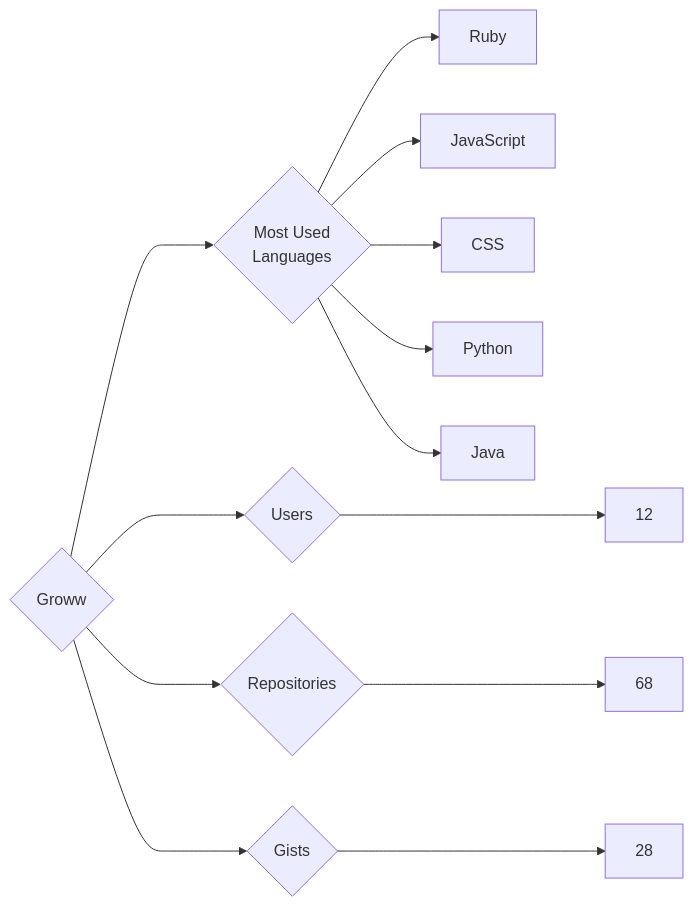
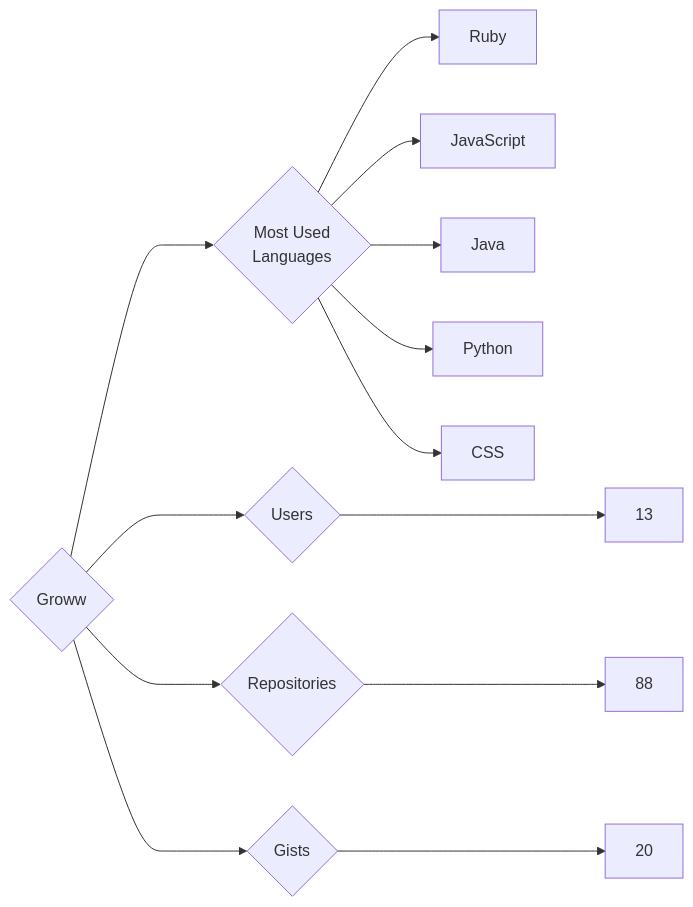
One commit to trickest/insiders changed the diagram in targets/Groww/README.md. Above: the diagram before and after it, drawn with Mermaid. The commit also changed 938 other files, not shown here.

````diff
--- a/targets/Groww/README.md
+++ b/targets/Groww/README.md
@@ -3,13 +3,13 @@
 ```mermaid
 graph LR
 COMPANY_NAME{Groww}
-COMPANY_NAME ---> U{Users} ---> UN[12]
-COMPANY_NAME ---> R{Repositories} ---> RN[68]
-COMPANY_NAME ---> G{Gists} ---> GN[28]
+COMPANY_NAME ---> U{Users} ---> UN[13]
+COMPANY_NAME ---> R{Repositories} ---> RN[88]
+COMPANY_NAME ---> G{Gists} ---> GN[20]
 COMPANY_NAME ---> ML{Most Used<br>Languages}
 ML --> Ruby[Ruby]
 ML --> JavaScript[JavaScript]
+ML --> Java[Java]
+ML --> Python[Python]
 ML --> CSS[CSS]
-ML --> Python[Python]
-ML --> Java[Java]
 ```
````
